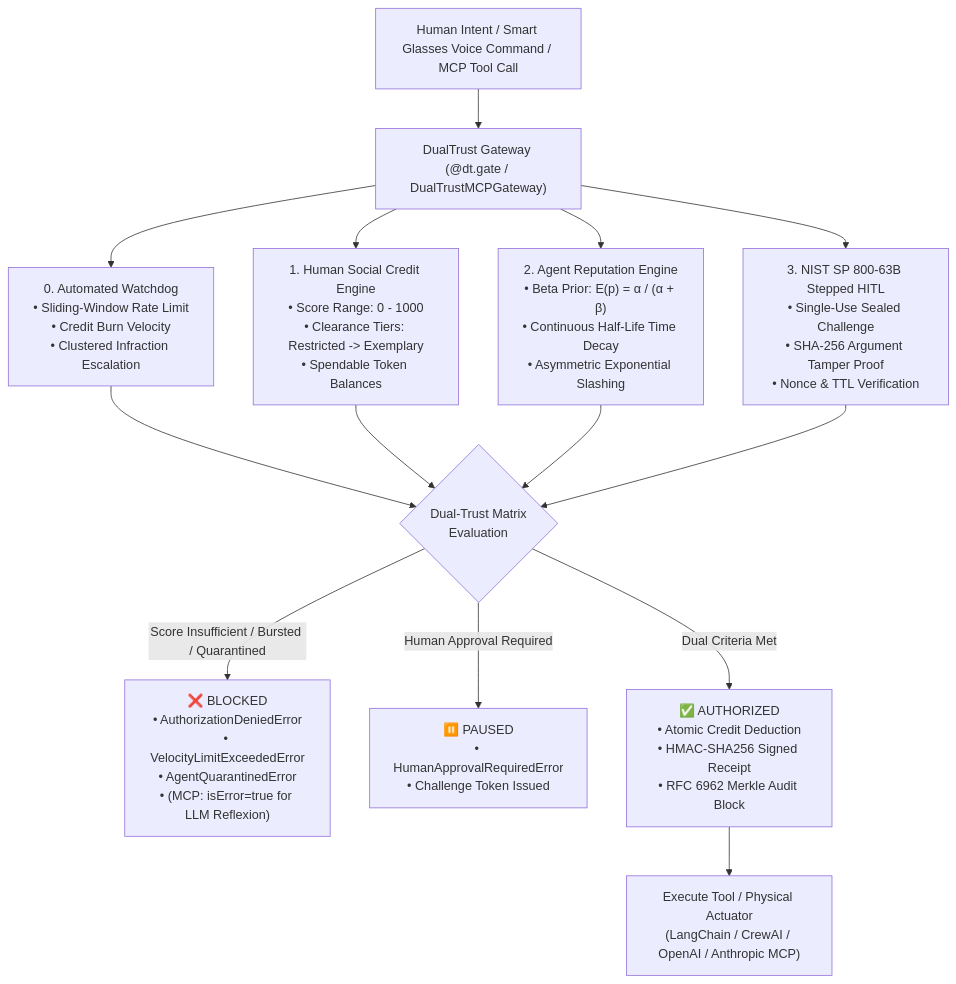
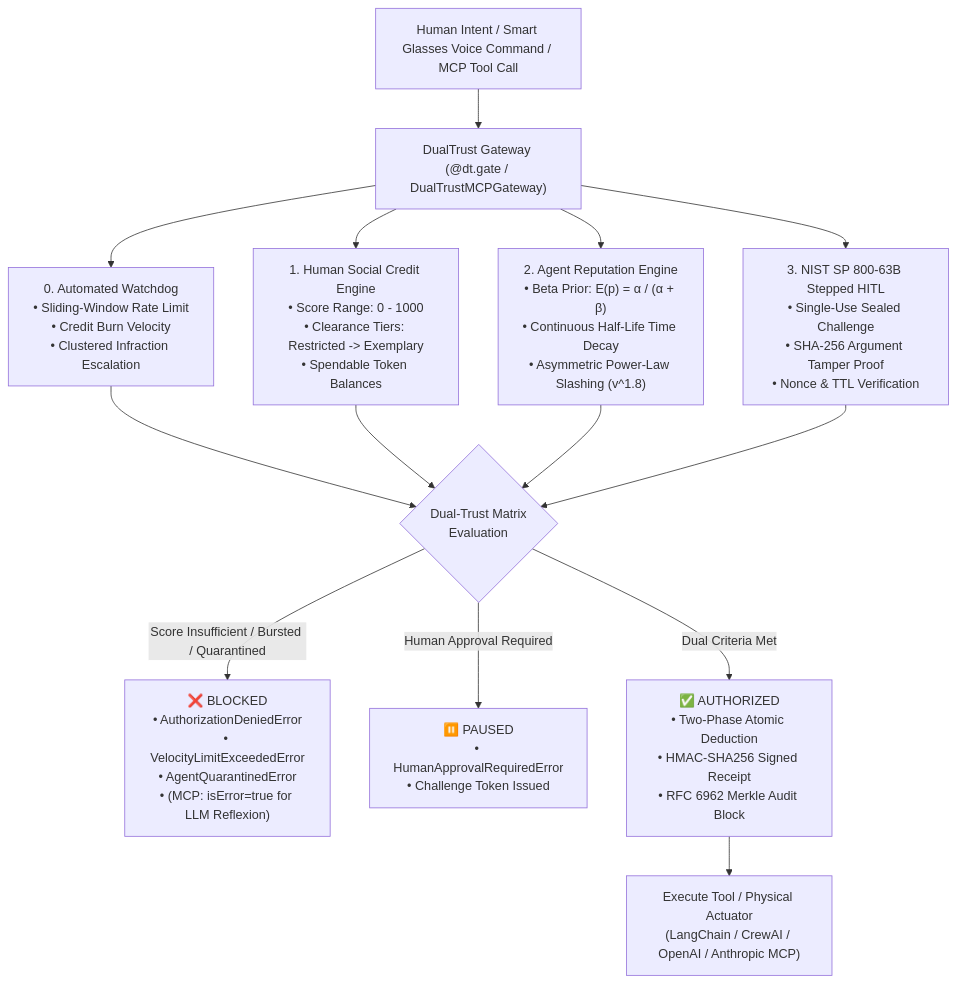
One commit to codesbykhairannoor/dual-trust changed the diagram in README.md. Above: the diagram before and after it, drawn with Mermaid. The commit also changed other lines of this file and 13 other files, not shown here.

Commit message:
feat(v0.3.0): complete audit security hardening, A2A delegation protocol, and RFC 6962 ledger

````diff
--- a/README.md
+++ b/README.md
@@ -36,19 +36,19 @@
 ```mermaid
 graph TD
     User["Human Intent / Smart Glasses Voice Command / MCP Tool Call"] --> Gateway["DualTrust Gateway (@dt.gate / DualTrustMCPGateway)"]
     Gateway --> Watchdog["0. Automated Watchdog<br/>• Sliding-Window Rate Limit<br/>• Credit Burn Velocity<br/>• Clustered Infraction Escalation"]
     Gateway --> HumanCheck["1. Human Social Credit Engine<br/>• Score Range: 0 - 1000<br/>• Clearance Tiers: Restricted -> Exemplary<br/>• Spendable Token Balances"]
-    Gateway --> AgentCheck["2. Agent Reputation Engine<br/>• Beta Prior: E(p) = α / (α + β)<br/>• Continuous Half-Life Time Decay<br/>• Asymmetric Exponential Slashing"]
+    Gateway --> AgentCheck["2. Agent Reputation Engine<br/>• Beta Prior: E(p) = α / (α + β)<br/>• Continuous Half-Life Time Decay<br/>• Asymmetric Power-Law Slashing (v^1.8)"]
     Gateway --> HITLCheck["3. NIST SP 800-63B Stepped HITL<br/>• Single-Use Sealed Challenge<br/>• SHA-256 Argument Tamper Proof<br/>• Nonce & TTL Verification"]
     
     Watchdog --> Matrix{"Dual-Trust Matrix<br/>Evaluation"}
     HumanCheck --> Matrix
     AgentCheck --> Matrix
     HITLCheck --> Matrix
     
     Matrix -- "Score Insufficient / Bursted / Quarantined" --> Denied["❌ BLOCKED<br/>• AuthorizationDeniedError<br/>• VelocityLimitExceededError<br/>• AgentQuarantinedError<br/>• (MCP: isError=true for LLM Reflexion)"]
     Matrix -- "Human Approval Required" --> Paused["⏸️ PAUSED<br/>• HumanApprovalRequiredError<br/>• Challenge Token Issued"]
-    Matrix -- "Dual Criteria Met" --> Approved["✅ AUTHORIZED<br/>• Atomic Credit Deduction<br/>• HMAC-SHA256 Signed Receipt<br/>• RFC 6962 Merkle Audit Block"]
+    Matrix -- "Dual Criteria Met" --> Approved["✅ AUTHORIZED<br/>• Two-Phase Atomic Deduction<br/>• HMAC-SHA256 Signed Receipt<br/>• RFC 6962 Merkle Audit Block"]
     
     Approved --> Execution["Execute Tool / Physical Actuator<br/>(LangChain / CrewAI / OpenAI / Anthropic MCP)"]
 ```
````
